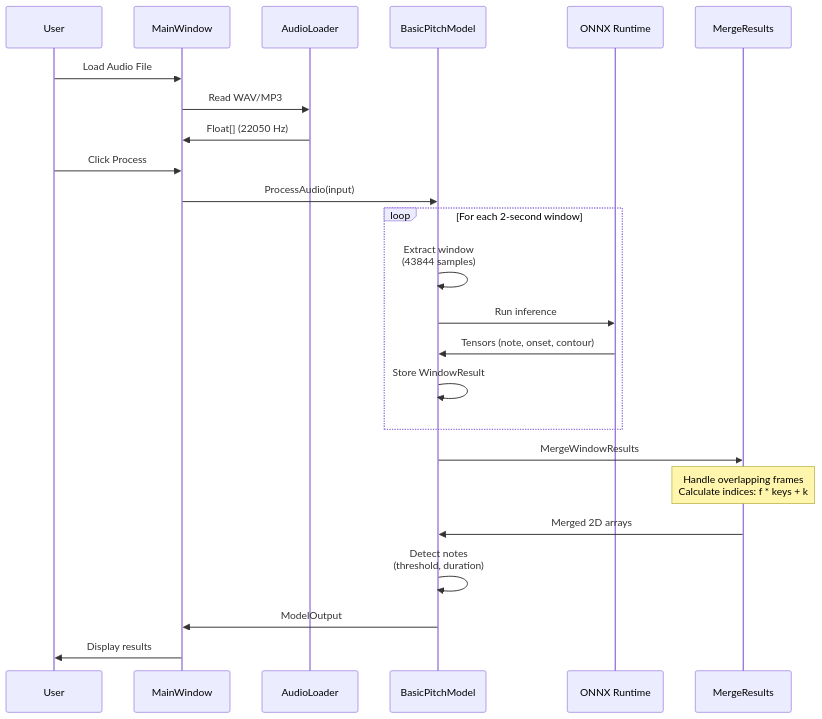
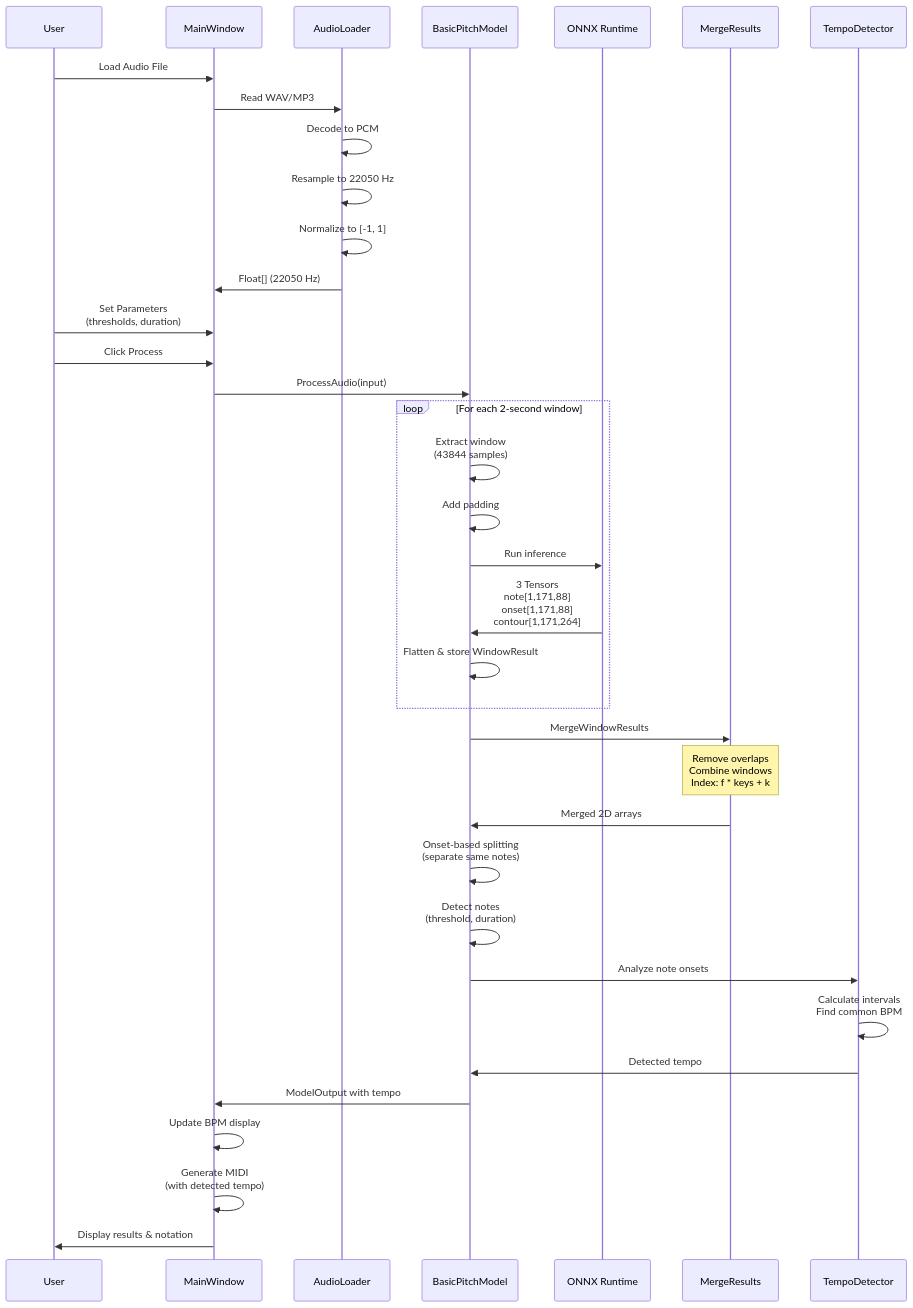
The second of 7 diagrams in project-diagram.md (dmitriylogunov/basic-pitch-experiment), drawn with Mermaid before and after one commit. The commit also changed other lines of this file, not shown here.

Commit message:
Update the application diagram

````diff
--- a/project-diagram.md
+++ b/project-diagram.md
@@ -90,31 +122,44 @@
 ```mermaid
 sequenceDiagram
     participant User
     participant UI as MainWindow
     participant Audio as AudioLoader
     participant Model as BasicPitchModel
     participant ONNX as ONNX Runtime
     participant Merge as MergeResults
+    participant Tempo as TempoDetector
 
     User->>UI: Load Audio File
     UI->>Audio: Read WAV/MP3
+    Audio->>Audio: Decode to PCM
+    Audio->>Audio: Resample to 22050 Hz
+    Audio->>Audio: Normalize to [-1, 1]
     Audio->>UI: Float[] (22050 Hz)
     
+    User->>UI: Set Parameters<br/>(thresholds, duration)
     User->>UI: Click Process
     UI->>Model: ProcessAudio(input)
     
     loop For each 2-second window
         Model->>Model: Extract window<br/>(43844 samples)
+        Model->>Model: Add padding
         Model->>ONNX: Run inference
-        ONNX->>Model: Tensors (note, onset, contour)
-        Model->>Model: Store WindowResult
+        ONNX->>Model: 3 Tensors<br/>note[1,171,88]<br/>onset[1,171,88]<br/>contour[1,171,264]
+        Model->>Model: Flatten & store WindowResult
     end
     
     Model->>Merge: MergeWindowResults
-    Note over Merge: Handle overlapping frames<br/>Calculate indices: f * keys + k
+    Note over Merge: Remove overlaps<br/>Combine windows<br/>Index: f * keys + k
     Merge->>Model: Merged 2D arrays
     
+    Model->>Model: Onset-based splitting<br/>(separate same notes)
     Model->>Model: Detect notes<br/>(threshold, duration)
-    Model->>UI: ModelOutput
-    UI->>User: Display results
+    Model->>Tempo: Analyze note onsets
+    Tempo->>Tempo: Calculate intervals<br/>Find common BPM
+    Tempo->>Model: Detected tempo
+    
+    Model->>UI: ModelOutput with tempo
+    UI->>UI: Update BPM display
+    UI->>UI: Generate MIDI<br/>(with detected tempo)
+    UI->>User: Display results & notation
 ```
````
